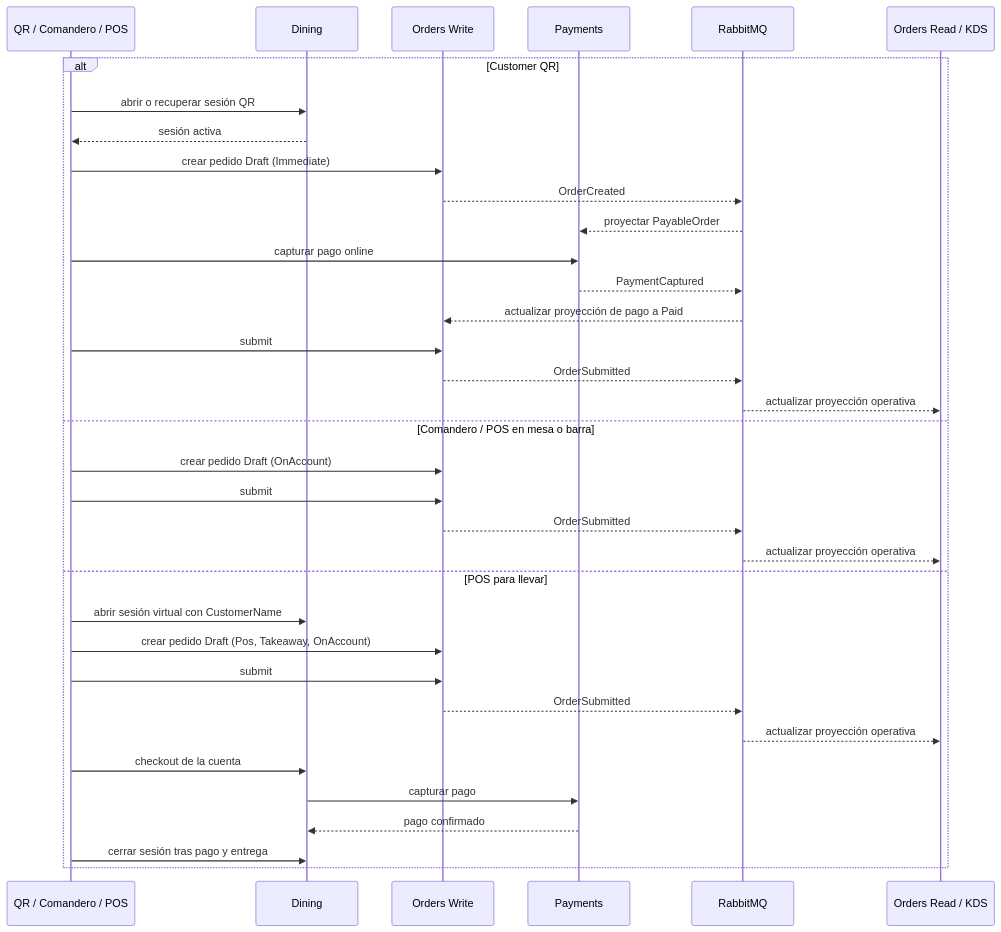
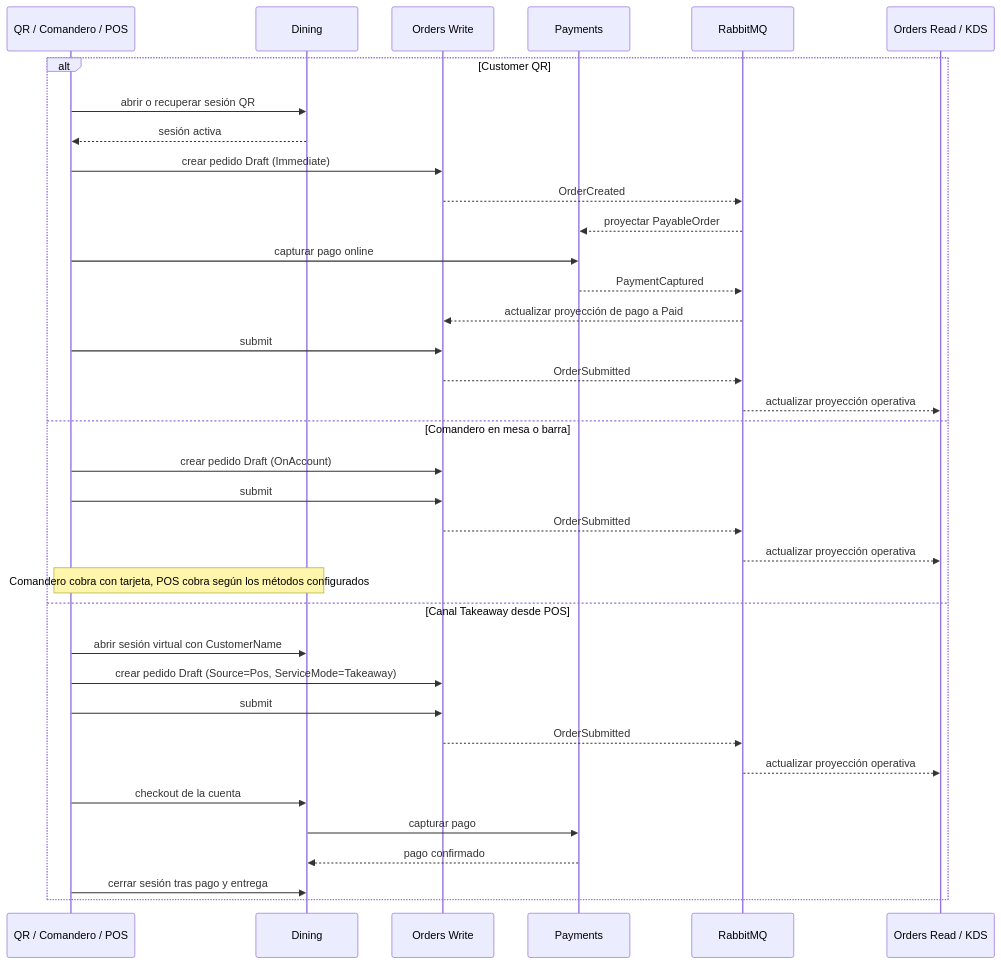
One commit to sergioocode/Restaurantes changed the third of 3 diagrams in README.md. Above: the diagram before and after it, drawn with Mermaid. The commit also changed other lines of this file, not shown here.

````diff
--- a/README.md
+++ b/README.md
@@ -312,38 +281,39 @@
 ```mermaid
 sequenceDiagram
     participant Client as QR / Comandero / POS
     participant Dining
     participant Orders as Orders Write
     participant Payments
     participant MQ as RabbitMQ
     participant KDS as Orders Read / KDS
 
     alt Customer QR
         Client->>Dining: abrir o recuperar sesión QR
         Dining-->>Client: sesión activa
         Client->>Orders: crear pedido Draft (Immediate)
         Orders-->>MQ: OrderCreated
         MQ-->>Payments: proyectar PayableOrder
         Client->>Payments: capturar pago online
         Payments-->>MQ: PaymentCaptured
         MQ-->>Orders: actualizar proyección de pago a Paid
         Client->>Orders: submit
         Orders-->>MQ: OrderSubmitted
         MQ-->>KDS: actualizar proyección operativa
-    else Comandero / POS en mesa o barra
+    else Comandero en mesa o barra
         Client->>Orders: crear pedido Draft (OnAccount)
         Client->>Orders: submit
         Orders-->>MQ: OrderSubmitted
         MQ-->>KDS: actualizar proyección operativa
-    else POS para llevar
+        Note over Client,Dining: Comandero cobra con tarjeta, POS cobra según los métodos configurados
+    else Canal Takeaway desde POS
         Client->>Dining: abrir sesión virtual con CustomerName
-        Client->>Orders: crear pedido Draft (Pos, Takeaway, OnAccount)
+        Client->>Orders: crear pedido Draft (Source=Pos, ServiceMode=Takeaway)
         Client->>Orders: submit
         Orders-->>MQ: OrderSubmitted
         MQ-->>KDS: actualizar proyección operativa
         Client->>Dining: checkout de la cuenta
         Dining->>Payments: capturar pago
         Payments-->>Dining: pago confirmado
         Client->>Dining: cerrar sesión tras pago y entrega
     end
 ```
````
